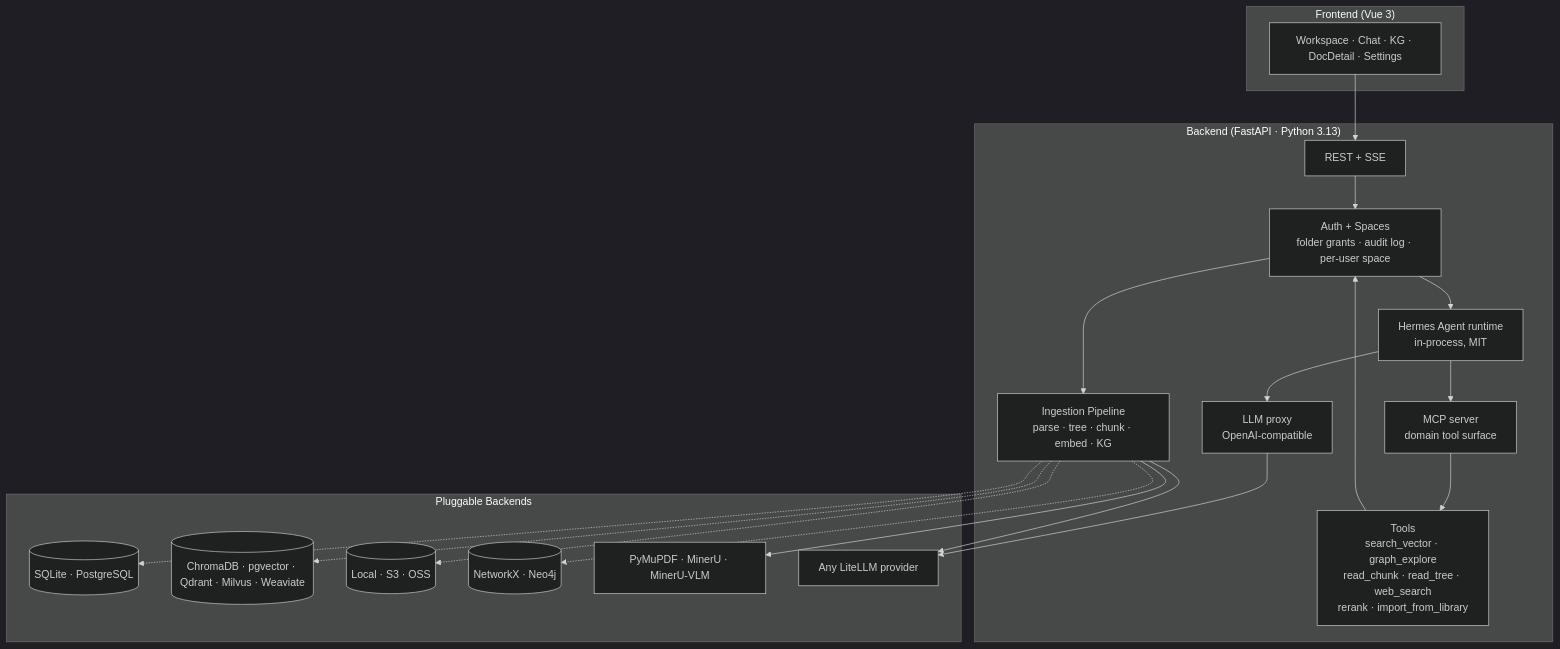
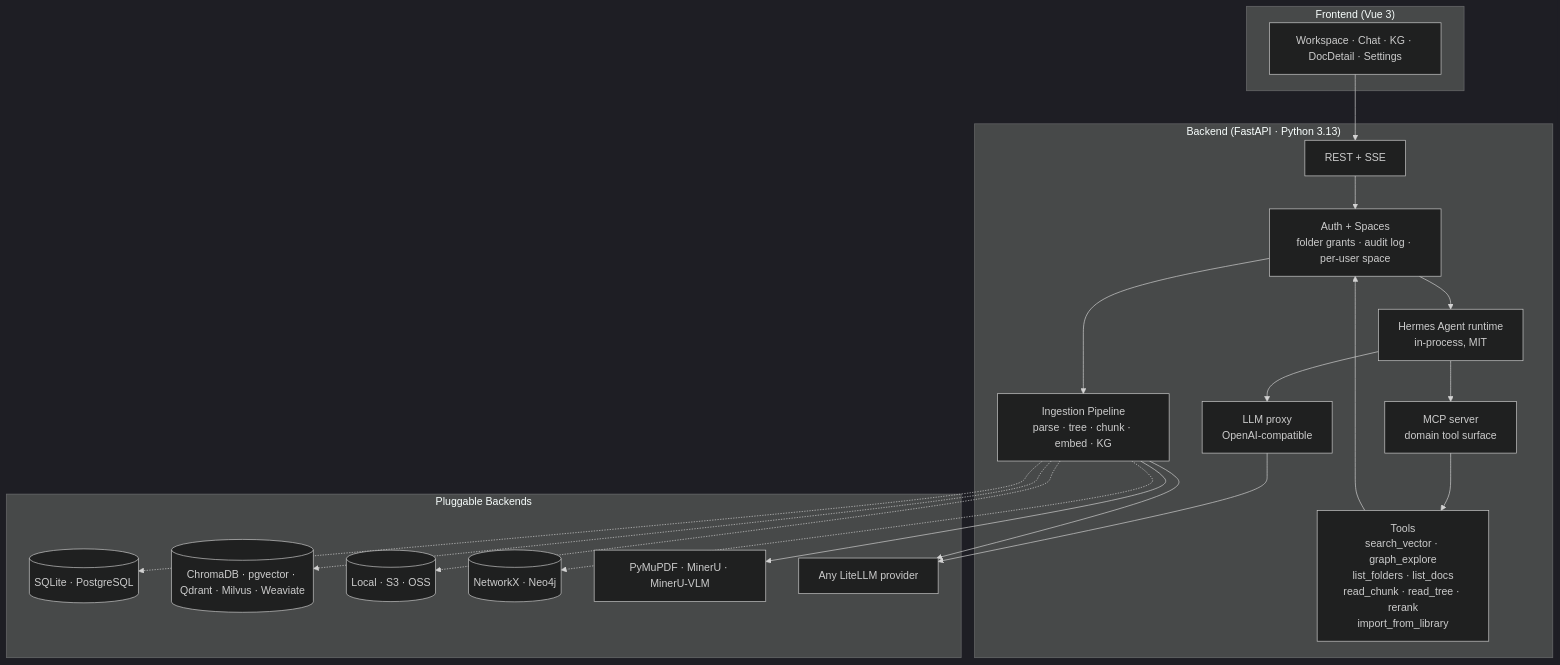
Before and after one commit to deeplethe/ForgeRAG: the second of 2 diagrams in README.md, drawn with Mermaid (dark theme). The commit also changed other lines of this file and 6 other files, not shown here.

````diff
--- a/README.md
+++ b/README.md
@@ -185,35 +199,35 @@
 ```mermaid
 flowchart TB
     subgraph "Frontend (Vue 3)"
         UI[Workspace · Chat · KG · DocDetail · Settings]
     end
     subgraph "Backend (FastAPI · Python 3.13)"
         API[REST + SSE]
         AGENT[Hermes Agent runtime<br/>in-process, MIT]
         MCP[MCP server<br/>domain tool surface]
         LLMP[LLM proxy<br/>OpenAI-compatible]
         ING[Ingestion Pipeline<br/>parse · tree · chunk · embed · KG]
-        TOOLS[Tools<br/>search_vector · graph_explore<br/>read_chunk · read_tree · web_search<br/>rerank · import_from_library]
+        TOOLS[Tools<br/>search_vector · graph_explore<br/>list_folders · list_docs<br/>read_chunk · read_tree · rerank<br/>import_from_library]
         AUTH[Auth + Spaces<br/>folder grants · audit log · per-user space]
     end
     subgraph "Pluggable Backends"
         REL[(SQLite · PostgreSQL)]
         VEC[(ChromaDB · pgvector · Qdrant · Milvus · Weaviate)]
         BLOB[(Local · S3 · OSS)]
         KGS[(NetworkX · Neo4j)]
         PARSE[PyMuPDF · MinerU · MinerU-VLM]
         LLM[Any LiteLLM provider]
     end
     UI --> API
     API --> AUTH
     AUTH --> AGENT
     AUTH --> ING
     AGENT --> MCP
     AGENT --> LLMP
     MCP --> TOOLS
     TOOLS --> AUTH
     LLMP --> LLM
     ING -.-> REL & VEC & BLOB & KGS
     ING --> PARSE
     ING --> LLM
 ```
````
